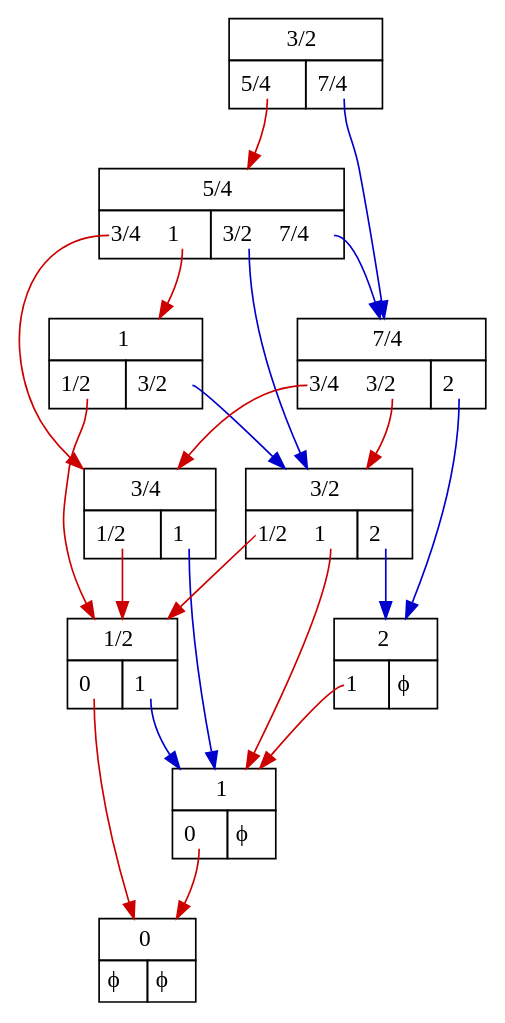
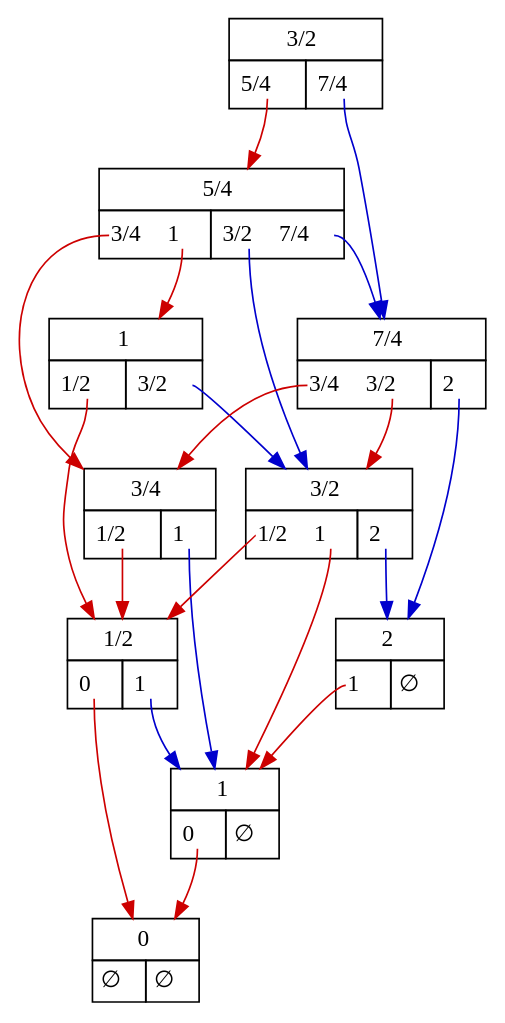
Before and after one commit to mroughan/SurrealNumbers.jl: the diagram in examples/Data/addition_ex_12.dot, drawn with Graphviz. The commit also changed 64 other files, not shown here.

```diff
--- a/examples/Data/addition_ex_12.dot
+++ b/examples/Data/addition_ex_12.dot
@@ -1,82 +1,82 @@
 digraph "1.5" {
    node_1 [shape=none,margin=0,label=
          <<TABLE BORDER="0" CELLBORDER="1" CELLSPACING="0" CELLPADDING="4">
          <TR><TD COLSPAN="2">3/2</TD></TR>
          <TR><TD PORT="L"> <TABLE BORDER="0" CELLBORDER="0" CELLPADDING="0"><TR><TD PORT="5/4,1"> 5/4 </TD> &nbsp; </TR></TABLE> </TD><TD PORT="R"> <TABLE BORDER="0" CELLBORDER="0" CELLPADDING="0"><TR><TD PORT="7/4,1"> 7/4 </TD> &nbsp; </TR></TABLE> </TD></TR>
          </TABLE>>,
          ];
    node_1:"5/4,1" -> node_2 [color="red3"];
    node_2 [shape=none,margin=0,label=
          <<TABLE BORDER="0" CELLBORDER="1" CELLSPACING="0" CELLPADDING="4">
          <TR><TD COLSPAN="2">5/4</TD></TR>
          <TR><TD PORT="L"> <TABLE BORDER="0" CELLBORDER="0" CELLPADDING="0"><TR><TD PORT="3/4,1"> 3/4 </TD> &nbsp; <TD PORT="1,2"> 1 </TD> &nbsp; </TR></TABLE> </TD><TD PORT="R"> <TABLE BORDER="0" CELLBORDER="0" CELLPADDING="0"><TR><TD PORT="3/2,1"> 3/2 </TD> &nbsp; <TD PORT="7/4,2"> 7/4 </TD> &nbsp; </TR></TABLE> </TD></TR>
          </TABLE>>,
          ];
    node_2:"3/4,1" -> node_3 [color="red3"];
    node_3 [shape=none,margin=0,label=
          <<TABLE BORDER="0" CELLBORDER="1" CELLSPACING="0" CELLPADDING="4">
          <TR><TD COLSPAN="2">3/4</TD></TR>
          <TR><TD PORT="L"> <TABLE BORDER="0" CELLBORDER="0" CELLPADDING="0"><TR><TD PORT="1/2,1"> 1/2 </TD> &nbsp; </TR></TABLE> </TD><TD PORT="R"> <TABLE BORDER="0" CELLBORDER="0" CELLPADDING="0"><TR><TD PORT="1,1"> 1 </TD> &nbsp; </TR></TABLE> </TD></TR>
          </TABLE>>,
          ];
    node_3:"1/2,1" -> node_4 [color="red3"];
    node_4 [shape=none,margin=0,label=
          <<TABLE BORDER="0" CELLBORDER="1" CELLSPACING="0" CELLPADDING="4">
          <TR><TD COLSPAN="2">1/2</TD></TR>
          <TR><TD PORT="L"> <TABLE BORDER="0" CELLBORDER="0" CELLPADDING="0"><TR><TD PORT="0,1"> 0 </TD> &nbsp; </TR></TABLE> </TD><TD PORT="R"> <TABLE BORDER="0" CELLBORDER="0" CELLPADDING="0"><TR><TD PORT="1,1"> 1 </TD> &nbsp; </TR></TABLE> </TD></TR>
          </TABLE>>,
          ];
    node_4:"0,1" -> node_5 [color="red3"];
    node_5 [shape=none,margin=0,label=
          <<TABLE BORDER="0" CELLBORDER="1" CELLSPACING="0" CELLPADDING="4">
          <TR><TD COLSPAN="2">0</TD></TR>
-         <TR><TD PORT="L"> ϕ </TD><TD PORT="R"> ϕ </TD></TR>
+         <TR><TD PORT="L"> ∅ </TD><TD PORT="R"> ∅ </TD></TR>
          </TABLE>>,
          ];
    node_4:"1,1" -> node_6 [color="blue3"];
    node_6 [shape=none,margin=0,label=
          <<TABLE BORDER="0" CELLBORDER="1" CELLSPACING="0" CELLPADDING="4">
          <TR><TD COLSPAN="2">1</TD></TR>
-         <TR><TD PORT="L"> <TABLE BORDER="0" CELLBORDER="0" CELLPADDING="0"><TR><TD PORT="0,1"> 0 </TD> &nbsp; </TR></TABLE> </TD><TD PORT="R"> ϕ </TD></TR>
+         <TR><TD PORT="L"> <TABLE BORDER="0" CELLBORDER="0" CELLPADDING="0"><TR><TD PORT="0,1"> 0 </TD> &nbsp; </TR></TABLE> </TD><TD PORT="R"> ∅ </TD></TR>
          </TABLE>>,
          ];
    node_6:"0,1" -> node_5 [color="red3"];
    node_3:"1,1" -> node_6 [color="blue3"];
    node_2:"1,2" -> node_7 [color="red3"];
    node_7 [shape=none,margin=0,label=
          <<TABLE BORDER="0" CELLBORDER="1" CELLSPACING="0" CELLPADDING="4">
          <TR><TD COLSPAN="2">1</TD></TR>
          <TR><TD PORT="L"> <TABLE BORDER="0" CELLBORDER="0" CELLPADDING="0"><TR><TD PORT="1/2,1"> 1/2 </TD> &nbsp; </TR></TABLE> </TD><TD PORT="R"> <TABLE BORDER="0" CELLBORDER="0" CELLPADDING="0"><TR><TD PORT="3/2,1"> 3/2 </TD> &nbsp; </TR></TABLE> </TD></TR>
          </TABLE>>,
          ];
    node_7:"1/2,1" -> node_4 [color="red3"];
    node_7:"3/2,1" -> node_8 [color="blue3"];
    node_8 [shape=none,margin=0,label=
          <<TABLE BORDER="0" CELLBORDER="1" CELLSPACING="0" CELLPADDING="4">
          <TR><TD COLSPAN="2">3/2</TD></TR>
          <TR><TD PORT="L"> <TABLE BORDER="0" CELLBORDER="0" CELLPADDING="0"><TR><TD PORT="1/2,1"> 1/2 </TD> &nbsp; <TD PORT="1,2"> 1 </TD> &nbsp; </TR></TABLE> </TD><TD PORT="R"> <TABLE BORDER="0" CELLBORDER="0" CELLPADDING="0"><TR><TD PORT="2,1"> 2 </TD> &nbsp; </TR></TABLE> </TD></TR>
          </TABLE>>,
          ];
    node_8:"1/2,1" -> node_4 [color="red3"];
    node_8:"1,2" -> node_6 [color="red3"];
    node_8:"2,1" -> node_9 [color="blue3"];
    node_9 [shape=none,margin=0,label=
          <<TABLE BORDER="0" CELLBORDER="1" CELLSPACING="0" CELLPADDING="4">
          <TR><TD COLSPAN="2">2</TD></TR>
-         <TR><TD PORT="L"> <TABLE BORDER="0" CELLBORDER="0" CELLPADDING="0"><TR><TD PORT="1,1"> 1 </TD> &nbsp; </TR></TABLE> </TD><TD PORT="R"> ϕ </TD></TR>
+         <TR><TD PORT="L"> <TABLE BORDER="0" CELLBORDER="0" CELLPADDING="0"><TR><TD PORT="1,1"> 1 </TD> &nbsp; </TR></TABLE> </TD><TD PORT="R"> ∅ </TD></TR>
          </TABLE>>,
          ];
    node_9:"1,1" -> node_6 [color="red3"];
    node_2:"3/2,1" -> node_8 [color="blue3"];
    node_2:"7/4,2" -> node_10 [color="blue3"];
    node_10 [shape=none,margin=0,label=
          <<TABLE BORDER="0" CELLBORDER="1" CELLSPACING="0" CELLPADDING="4">
          <TR><TD COLSPAN="2">7/4</TD></TR>
          <TR><TD PORT="L"> <TABLE BORDER="0" CELLBORDER="0" CELLPADDING="0"><TR><TD PORT="3/4,1"> 3/4 </TD> &nbsp; <TD PORT="3/2,2"> 3/2 </TD> &nbsp; </TR></TABLE> </TD><TD PORT="R"> <TABLE BORDER="0" CELLBORDER="0" CELLPADDING="0"><TR><TD PORT="2,1"> 2 </TD> &nbsp; </TR></TABLE> </TD></TR>
          </TABLE>>,
          ];
    node_10:"3/4,1" -> node_3 [color="red3"];
    node_10:"3/2,2" -> node_8 [color="red3"];
    node_10:"2,1" -> node_9 [color="blue3"];
    node_1:"7/4,1" -> node_10 [color="blue3"];
 }
```
